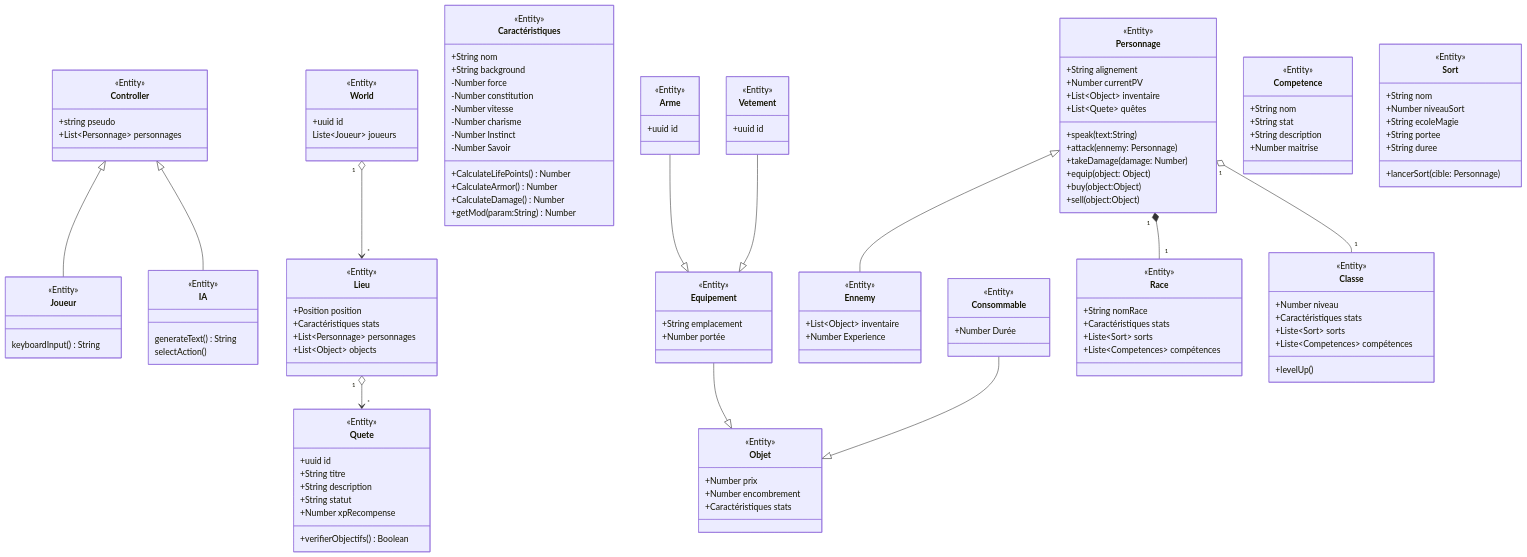
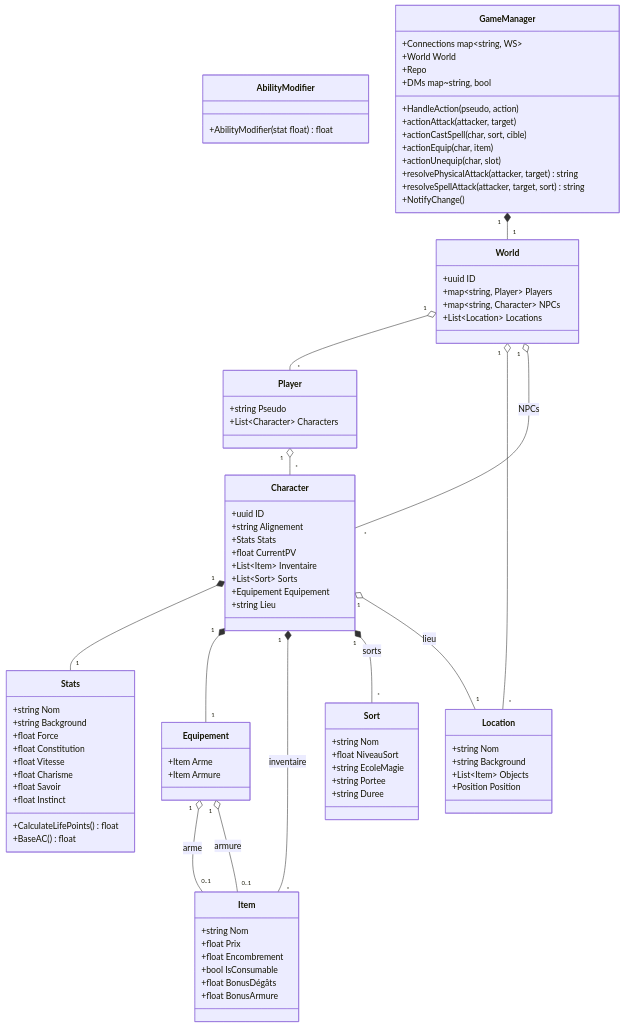
One commit to fanama/dnd changed the second of 2 diagrams in README.md. Above: the diagram before and after it, drawn with Mermaid. The commit also changed other lines of this file and 11 other files, not shown here.

````diff
--- a/README.md
+++ b/README.md
@@ -204,140 +209,89 @@
 ```mermaid
-
 classDiagram
-    class Controller {
-        <<Entity>>
-        +string pseudo
-        +List~Personnage~ personnages
+    class World {
+        +uuid ID
+        +map~string, Player~ Players
+        +map~string, Character~ NPCs
+        +List~Location~ Locations
     }
-    class Joueur {
-        <<Entity>>
-        keyboardInput() String
+    class Player {
+        +string Pseudo
+        +List~Character~ Characters
     }
-    
-    class IA {
-        <<Entity>>
-        generateText() String
-        selectAction()
+    class Character {
+        +uuid ID
+        +string Alignement
+        +Stats Stats
+        +float CurrentPV
+        +List~Item~ Inventaire
+        +List~Sort~ Sorts
+        +Equipement Equipement
+        +string Lieu
     }
-    class World {
-        <<Entity>>
-        +uuid id
-        Liste~Joueur~ joueurs
+    class Stats {
+        +string Nom
+        +string Background
+        +float Force
+        +float Constitution
+        +float Vitesse
+        +float Charisme
+        +float Savoir
+        +float Instinct
+        +CalculateLifePoints() float
+        +BaseAC() float
     }
-    class Caractéristiques {
-        <<Entity>>
-        +String nom
-        +String background
-        -Number force
-        -Number constitution
-        -Number vitesse
-        -Number charisme
-        -Number Instinct
-        -Number Savoir
-        +CalculateLifePoints() Number
-        +CalculateArmor() Number
-        +CalculateDamage() Number
-        +getMod(param:String) Number
-    }
-    class Personnage {
-        <<Entity>>
-        +String alignement
-        +Number currentPV
-        +List~Object~ inventaire
-        +List~Quete~ quêtes
-        +speak(text:String)
-        +attack(ennemy: Personnage)
-        +takeDamage(damage: Number)
-        +equip(object: Object)
-        +buy(object:Object)
-        +sell(object:Object)
-    }
-    class Ennemy {
-        <<Entity>>
-        +List~Object~ inventaire
-        +Number Experience
-    }
-    class Lieu {
-        <<Entity>>
-        +Position position
-        +Caractéristiques stats
-        +List~Personnage~ personnages
-        +List~Object~ objects
-    }
-    class Quete {
-        <<Entity>>
-        +uuid id
-        +String titre
-        +String description
-        +String statut
-        +Number xpRecompense
-        +verifierObjectifs() Boolean
-    }
-    class Objet {
-        <<Entity>>
-        +Number prix
-        +Number encombrement
-        +Caractéristiques stats
+    class AbilityModifier {
+        +AbilityModifier(stat float) float
     }
     class Equipement {
-        <<Entity>>
-        +String emplacement
-        +Number portée
+        +Item Arme
+        +Item Armure
     }
-    class Consommable {
-        <<Entity>>
-        +Number Durée
-    }
-    class Vetement {
-        <<Entity>>
-        +uuid id
-    }
-    class Arme {
-        <<Entity>>
-        +uuid id
-    }
-    class Classe {
-        <<Entity>>
-        +Number niveau
-        +Caractéristiques stats
-        +Liste~Sort~ sorts
-        +Liste~Competences~ compétences
-        +levelUp()
-    }
-    class Race {
-        <<Entity>>
-        +String nomRace
-        +Caractéristiques stats
-        +Liste~Sort~ sorts
-        +Liste~Competences~ compétences
-    }
-    class Competence {
-        <<Entity>>
-        +String nom
-        +String stat
-        +String description
-        +Number maitrise
+    class Item {
+        +string Nom
+        +float Prix
+        +float Encombrement
+        +bool IsConsumable
+        +float BonusDégâts
+        +float BonusArmure
     }
     class Sort {
-        <<Entity>>
-        +String nom
-        +Number niveauSort
-        +String ecoleMagie
-        +String portee
-        +String duree
-        +lancerSort(cible: Personnage)
+        +string Nom
+        +float NiveauSort
+        +string EcoleMagie
+        +string Portee
+        +string Duree
     }
-    Controller <|-- IA
-    Controller <|-- Joueur
-    Equipement --|> Objet
-    Consommable --|> Objet
-    Vetement --|> Equipement
-    Arme --|> Equipement
-    Personnage "1"o--"1" Classe
-    Personnage "1"*--"1" Race
-    Personnage <|-- Ennemy
-    World "1"o-->"*" Lieu
-    Lieu "1"o-->"*" Quete
-
-
+    class Location {
+        +string Nom
+        +string Background
+        +List~Item~ Objects
+        +Position Position
+    }
+    class GameManager {
+        +Connections map~string, WS~
+        +World World
+        +Repo
+        +DMs map~string, bool
+        +HandleAction(pseudo, action)
+        +actionAttack(attacker, target)
+        +actionCastSpell(char, sort, cible)
+        +actionEquip(char, item)
+        +actionUnequip(char, slot)
+        +resolvePhysicalAttack(attacker, target) string
+        +resolveSpellAttack(attacker, target, sort) string
+        +NotifyChange()
+    }
+    World "1" o-- "*" Player
+    World "1" o-- "*" Location
+    World "1" o-- "*" Character : NPCs
+    Player "1" o-- "*" Character
+    Character "1" *-- "1" Stats
+    Character "1" *-- "1" Equipement
+    Character "1" *-- "*" Item : inventaire
+    Character "1" *-- "*" Sort : sorts
+    Character "1" o-- "1" Location : lieu
+    Equipement "1" o-- "0..1" Item : arme
+    Equipement "1" o-- "0..1" Item : armure
+    GameManager "1" *-- "1" World
 ```
````
